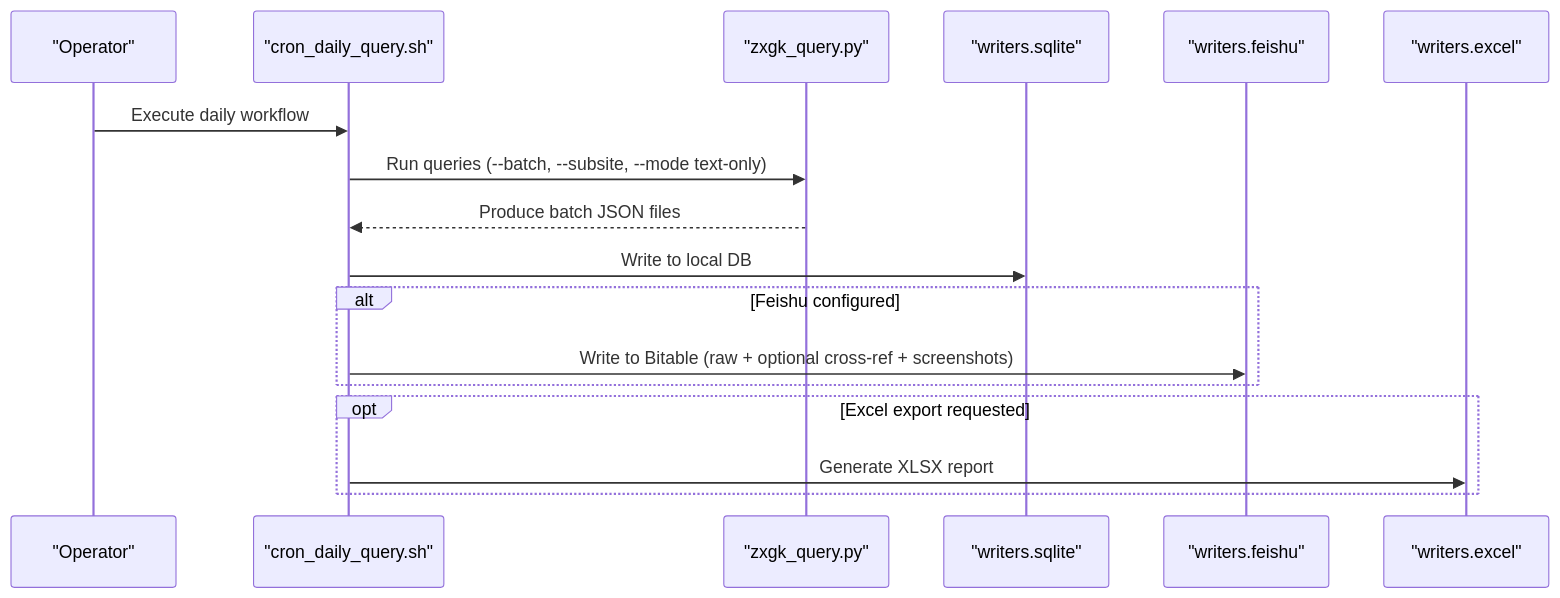
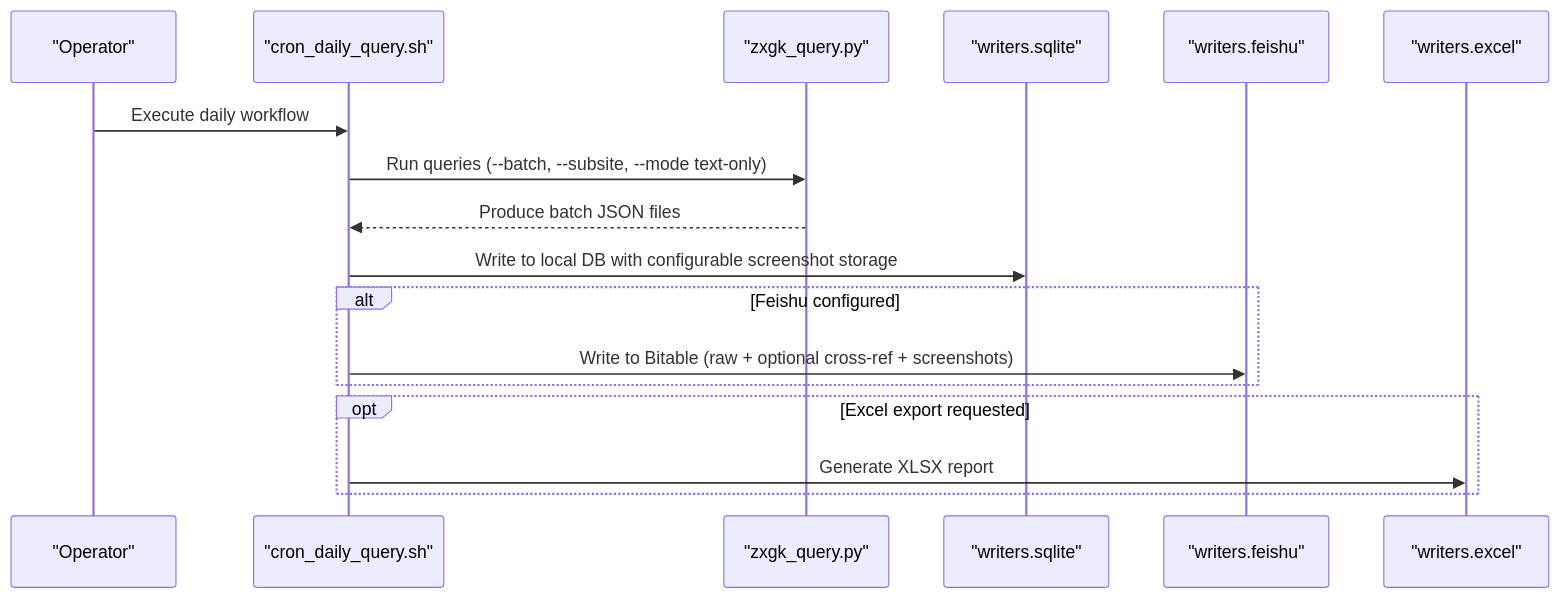
One commit to supotato-ipj/zxgk_auto_query-skill changed the seventh of 8 diagrams in .qoder/repowiki/en/content/Core Architecture/Output Generation System.md. Above: the diagram before and after it, drawn with Mermaid. The commit also changed other lines of this file and 24 other files, not shown here.

````diff
--- a/.qoder/repowiki/en/content/Core Architecture/Output Generation System.md
+++ b/.qoder/repowiki/en/content/Core Architecture/Output Generation System.md
@@ -344,19 +354,19 @@
 ```mermaid
 sequenceDiagram
 participant User as "Operator"
 participant Cron as "cron_daily_query.sh"
 participant Zxgk as "zxgk_query.py"
 participant SQLite as "writers.sqlite"
 participant Feishu as "writers.feishu"
 participant Excel as "writers.excel"
 User->>Cron : Execute daily workflow
 Cron->>Zxgk : Run queries (--batch, --subsite, --mode text-only)
 Zxgk-->>Cron : Produce batch JSON files
-Cron->>SQLite : Write to local DB
+Cron->>SQLite : Write to local DB with configurable screenshot storage
 alt Feishu configured
 Cron->>Feishu : Write to Bitable (raw + optional cross-ref + screenshots)
 end
 opt Excel export requested
 Cron->>Excel : Generate XLSX report
 end
 ```
````
